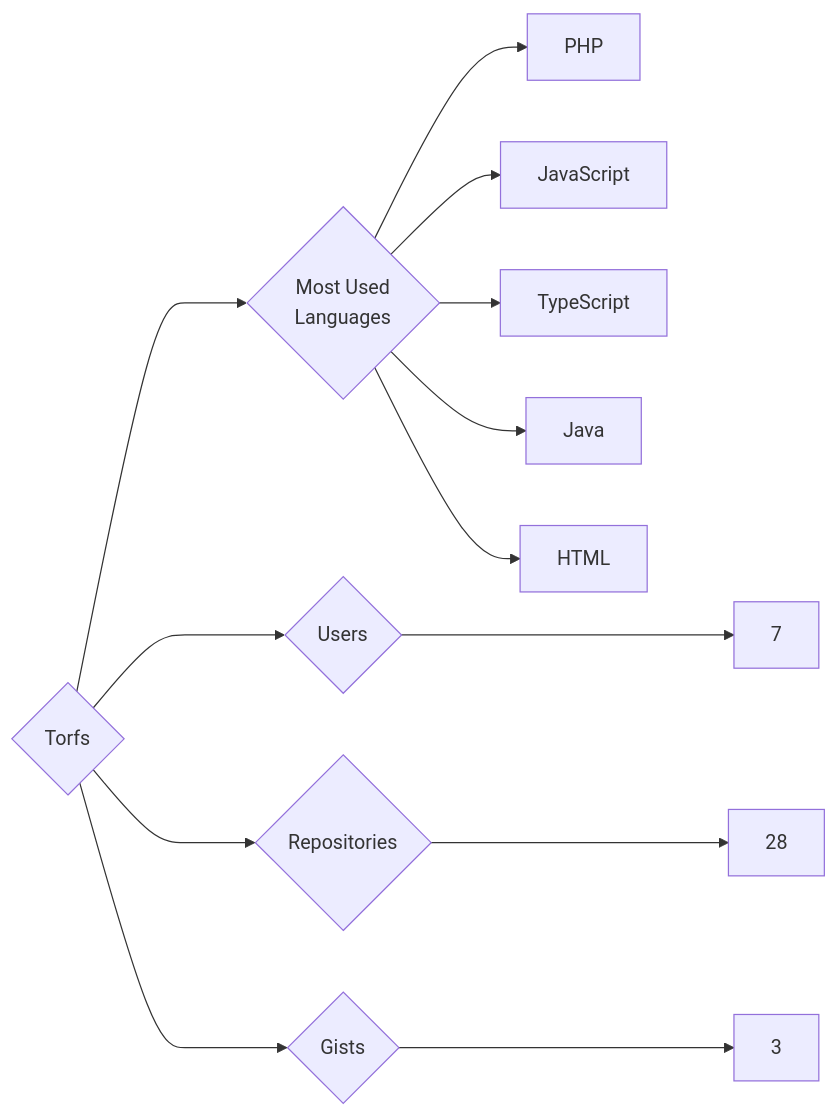
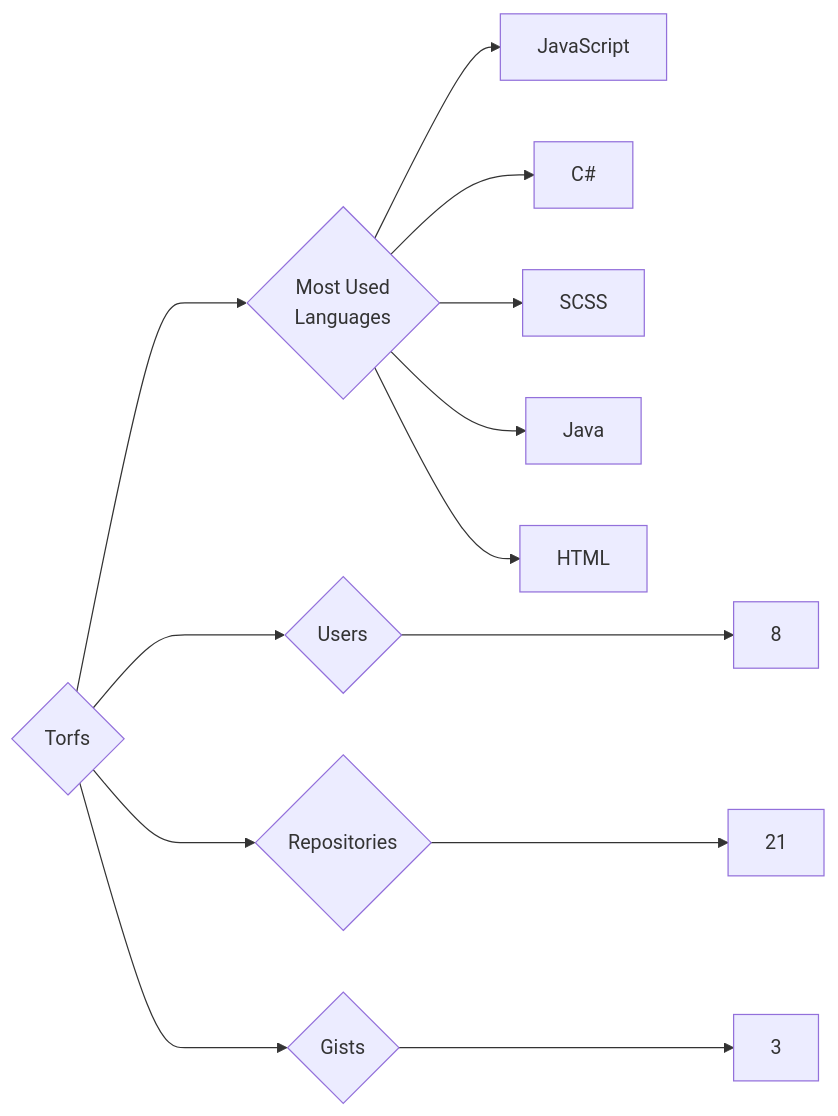
Before and after one commit to trickest/insiders: the diagram in targets/Torfs/README.md, drawn with Mermaid. The commit also changed 940 other files, not shown here.

````diff
--- a/targets/Torfs/README.md
+++ b/targets/Torfs/README.md
@@ -3,13 +3,13 @@
 ```mermaid
 graph LR
 COMPANY_NAME{Torfs}
-COMPANY_NAME ---> U{Users} ---> UN[7]
-COMPANY_NAME ---> R{Repositories} ---> RN[28]
+COMPANY_NAME ---> U{Users} ---> UN[8]
+COMPANY_NAME ---> R{Repositories} ---> RN[21]
 COMPANY_NAME ---> G{Gists} ---> GN[3]
 COMPANY_NAME ---> ML{Most Used<br>Languages}
-ML --> PHP[PHP]
 ML --> JavaScript[JavaScript]
-ML --> TypeScript[TypeScript]
+ML --> C#[C#]
+ML --> SCSS[SCSS]
 ML --> Java[Java]
 ML --> HTML[HTML]
 ```
````
